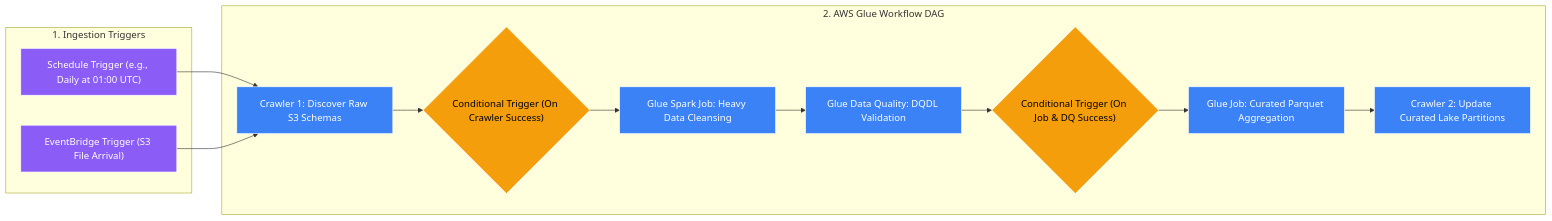
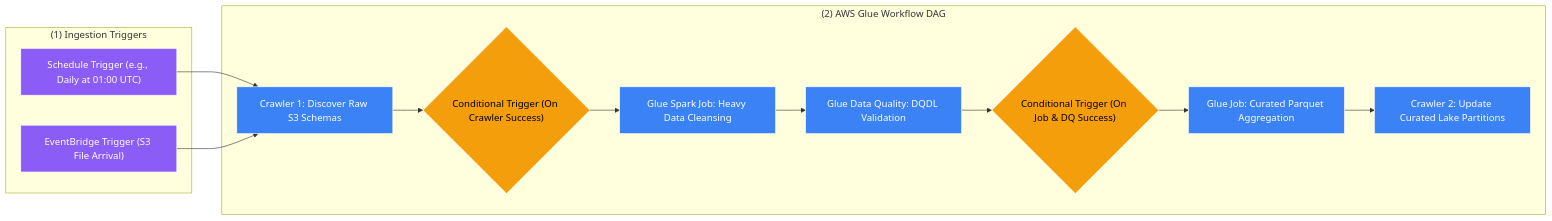
One commit to Wathon/aws-dea-c01-note changed the first of 2 diagrams in content/en/02-services/analytics-streaming/glue/glue-workflows.md. Above: the diagram before and after it, drawn with Mermaid. The commit also changed 49 other files, not shown here.

Commit message:
Fix 'Unsupported markdown: list' Mermaid rendering issues across all English and Burmese notes

````diff
--- a/content/en/02-services/analytics-streaming/glue/glue-workflows.md
+++ b/content/en/02-services/analytics-streaming/glue/glue-workflows.md
@@ -30,34 +30,34 @@
 ```mermaid
 graph LR
-    subgraph TriggerLayer["1. Ingestion Triggers"]
+    subgraph TriggerLayer["(1) Ingestion Triggers"]
         SchedTrigger["Schedule Trigger (e.g., Daily at 01:00 UTC)"]
         EventTrigger["EventBridge Trigger (S3 File Arrival)"]
     end
 
-    subgraph WorkflowDAG["2. AWS Glue Workflow DAG"]
+    subgraph WorkflowDAG["(2) AWS Glue Workflow DAG"]
         CrawlerNode["Crawler 1: Discover Raw S3 Schemas"]
         CondTrigger1{"Conditional Trigger (On Crawler Success)"}
         Job1["Glue Spark Job: Heavy Data Cleansing"]
         Job2["Glue Data Quality: DQDL Validation"]
         CondTrigger2{"Conditional Trigger (On Job & DQ Success)"}
         Job3["Glue Job: Curated Parquet Aggregation"]
         CrawlerNode2["Crawler 2: Update Curated Lake Partitions"]
     end
 
     SchedTrigger --> CrawlerNode
     EventTrigger --> CrawlerNode
     CrawlerNode --> CondTrigger1
     CondTrigger1 --> Job1
     Job1 --> Job2
     Job2 --> CondTrigger2
     CondTrigger2 --> Job3
     Job3 --> CrawlerNode2
 
     classDef trig fill:#8b5cf6,stroke:#fff,stroke-width:1px,color:#fff;
     classDef node fill:#3b82f6,stroke:#fff,stroke-width:1px,color:#fff;
     classDef cond fill:#f59e0b,stroke:#fff,stroke-width:1px,color:#000;
 
     class SchedTrigger,EventTrigger trig;
     class CrawlerNode,Job1,Job2,Job3,CrawlerNode2 node;
     class CondTrigger1,CondTrigger2 cond;
 ```
````
